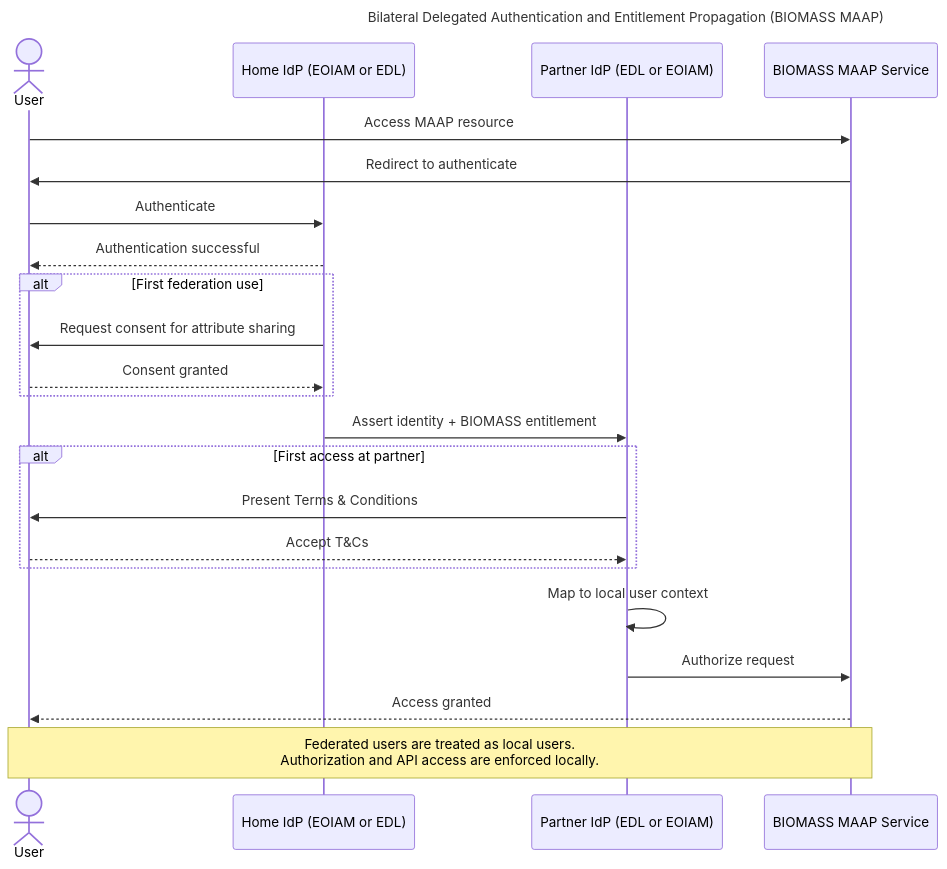
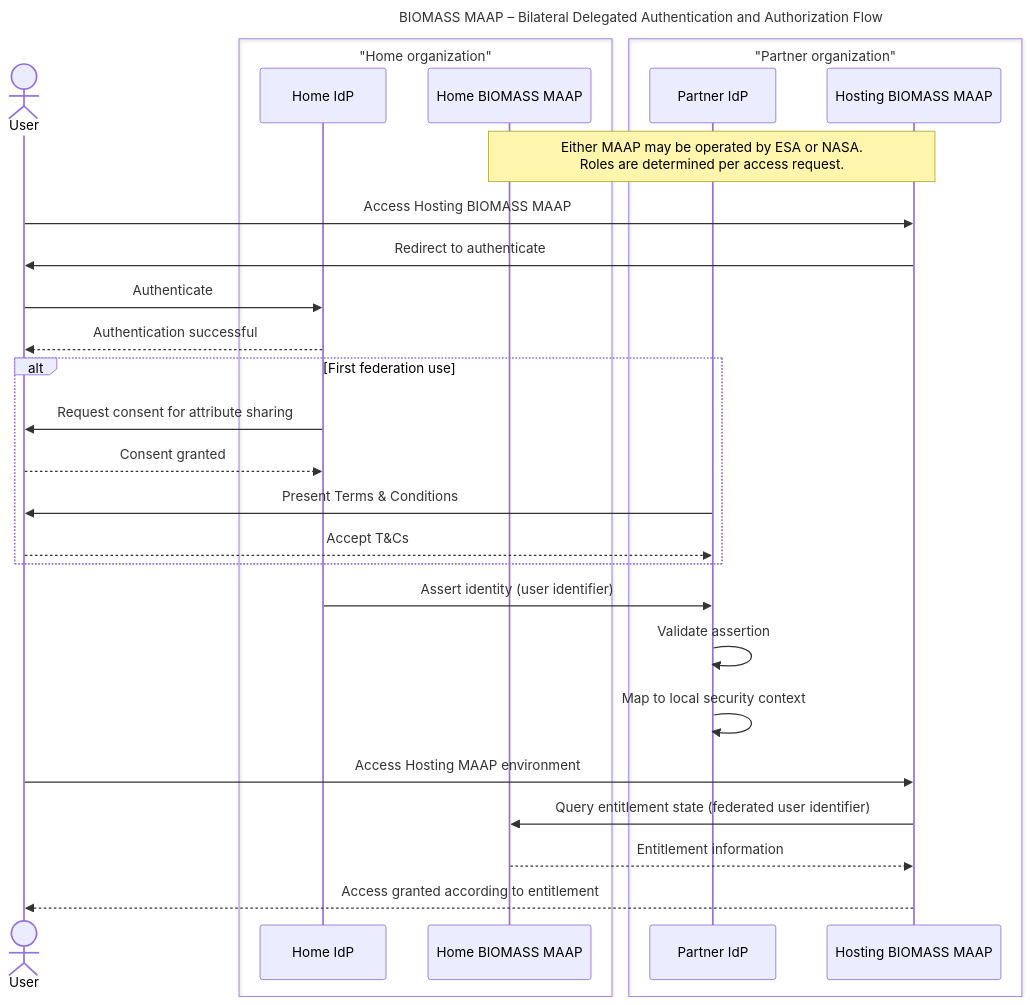
The diagram in WhitePaper/use-cases-definition.md (ceos-org/fed-authnz), drawn with Mermaid before and after one commit. The commit also changed other lines of this file, not shown here.

````diff
--- a/WhitePaper/use-cases-definition.md
+++ b/WhitePaper/use-cases-definition.md
@@ -79,33 +97,41 @@
 ```mermaid
 sequenceDiagram
-    title Bilateral Delegated Authentication and Entitlement Propagation (BIOMASS MAAP)
+    title BIOMASS MAAP – Bilateral Delegated Authentication and Authorization Flow
 
     actor User
-    participant HomeIdP as Home IdP (EOIAM or EDL)
-    participant PartnerIdP as Partner IdP (EDL or EOIAM)
-    participant MAAP as BIOMASS MAAP Service
+    box "Home organization"
+        participant HomeIdP as Home IdP
+        participant MAAP as Home BIOMASS MAAP
+    end
+    box "Partner organization"
+        participant PartnerIdP as Partner IdP
+        participant P_MAAP as Hosting BIOMASS MAAP
+    end
 
-    User->>MAAP: Access MAAP resource
-    MAAP->>User: Redirect to authenticate
+    Note over MAAP,P_MAAP: Either MAAP may be operated by ESA or NASA.<br/>Roles are determined per access request.
+
+    User->>P_MAAP: Access Hosting BIOMASS MAAP
+    P_MAAP->>User: Redirect to authenticate
 
     User->>HomeIdP: Authenticate
     HomeIdP-->>User: Authentication successful
 
     alt First federation use
         HomeIdP->>User: Request consent for attribute sharing
         User-->>HomeIdP: Consent granted
-    end
-
-    HomeIdP->>PartnerIdP: Assert identity + BIOMASS entitlement
-
-    alt First access at partner
         PartnerIdP->>User: Present Terms & Conditions
         User-->>PartnerIdP: Accept T&Cs
     end
 
-    PartnerIdP->>PartnerIdP: Map to local user context
-    PartnerIdP->>MAAP: Authorize request
-    MAAP-->>User: Access granted
-    Note over User,MAAP: Federated users are treated as local users.<br/>Authorization and API access are enforced locally.
-  
+    HomeIdP->>PartnerIdP: Assert identity (user identifier)
+
+    PartnerIdP->>PartnerIdP: Validate assertion
+    PartnerIdP->>PartnerIdP: Map to local security context
+
+    User->>P_MAAP: Access Hosting MAAP environment
+
+    P_MAAP->>MAAP: Query entitlement state (federated user identifier)
+    MAAP-->>P_MAAP: Entitlement information
+
+    P_MAAP-->>User: Access granted according to entitlement
 ```
````
